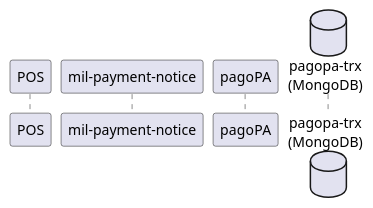
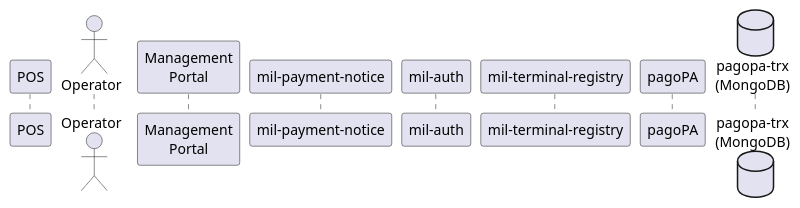
One commit to pagopa/mil-diags changed the diagram in sequence_diags/pagoPA/pos_payments/actors.puml. Above: the diagram before and after it, drawn with PlantUML. The commit also changed 32 other files, not shown here.

```diff
--- a/sequence_diags/pagoPA/pos_payments/actors.puml
+++ b/sequence_diags/pagoPA/pos_payments/actors.puml
@@ -1,4 +1,8 @@
 participant "POS" as pos
+actor "Operator" as operator
+participant "Management\nPortal" as management
 participant "mil-payment-notice" as mil
+participant "mil-auth" as mil_auth
+participant "mil-terminal-registry" as mil_registry
 participant "pagoPA" as pagopa
 database "pagopa-trx\n(MongoDB)" as registry
```
